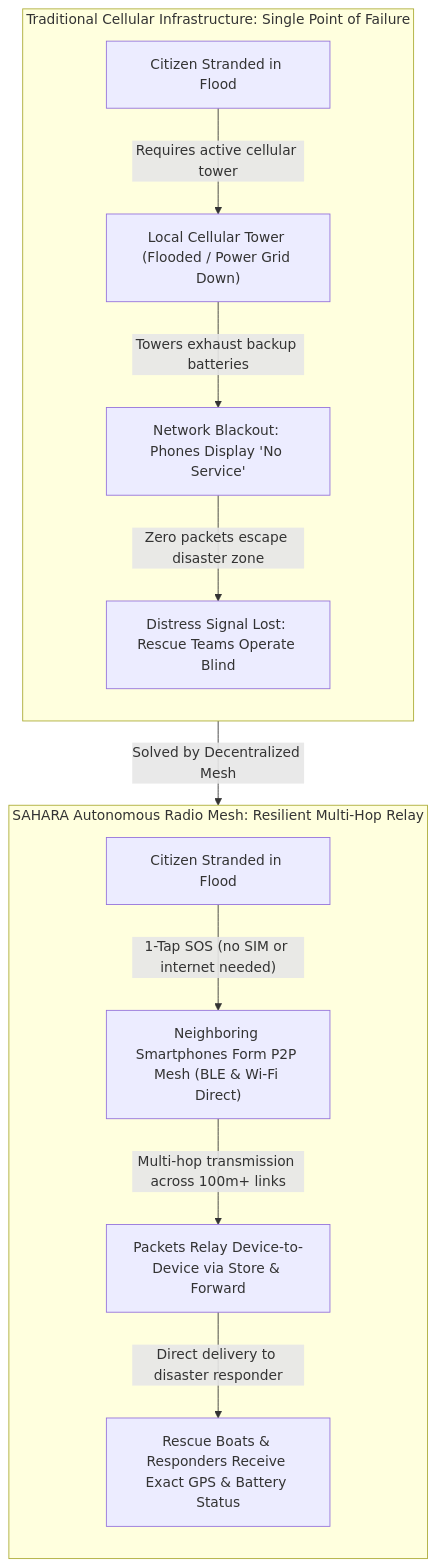
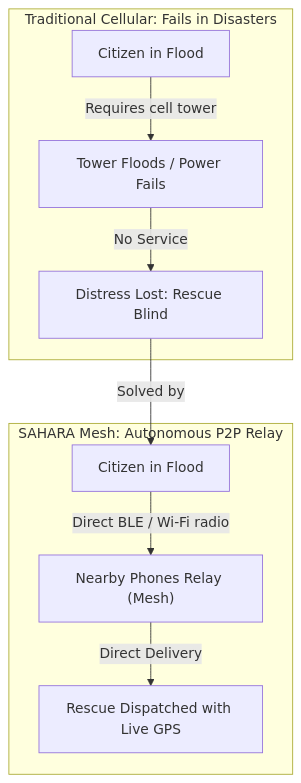
One commit to angelverman2021-a11y/sahara changed the first of 4 diagrams in README.md. Above: the diagram before and after it, drawn with Mermaid. The commit also changed other lines of this file, not shown here.

Commit message:
docs: streamline and compact diagrams in README

````diff
--- a/README.md
+++ b/README.md
@@ -41,28 +41,12 @@
 ```mermaid
 flowchart TD
-    subgraph Traditional ["Traditional Cellular Infrastructure: Single Point of Failure"]
-        direction TB
-        T1["Citizen Stranded in Flood"]
-        T2["Local Cellular Tower (Flooded / Power Grid Down)"]
-        T3["Network Blackout: Phones Display 'No Service'"]
-        T4["Distress Signal Lost: Rescue Teams Operate Blind"]
-
-        T1 -->|"Requires active cellular tower"| T2
-        T2 -->|"Towers exhaust backup batteries"| T3
-        T3 -->|"Zero packets escape disaster zone"| T4
+    subgraph Traditional ["Traditional Cellular: Fails in Disasters"]
+        T1["Citizen in Flood"] -->|"Requires cell tower"| T2["Tower Floods / Power Fails"] -->|"No Service"| T3["Distress Lost: Rescue Blind"]
     end
 
-    T4 -->|"Solved by Decentralized Mesh"| S1
+    T3 -->|"Solved by"| S1
 
-    subgraph Sahara ["SAHARA Autonomous Radio Mesh: Resilient Multi-Hop Relay"]
-        direction TB
-        S1["Citizen Stranded in Flood"]
-        S2["Neighboring Smartphones Form P2P Mesh (BLE & Wi-Fi Direct)"]
-        S3["Packets Relay Device-to-Device via Store & Forward"]
-        S4["Rescue Boats & Responders Receive Exact GPS & Battery Status"]
-
-        S1 -->|"1-Tap SOS (no SIM or internet needed)"| S2
-        S2 -->|"Multi-hop transmission across 100m+ links"| S3
-        S3 -->|"Direct delivery to disaster responder"| S4
+    subgraph Sahara ["SAHARA Mesh: Autonomous P2P Relay"]
+        S1["Citizen in Flood"] -->|"Direct BLE / Wi-Fi radio"| S2["Nearby Phones Relay (Mesh)"] -->|"Direct Delivery"| S3["Rescue Dispatched with Live GPS"]
     end
 ```
````
